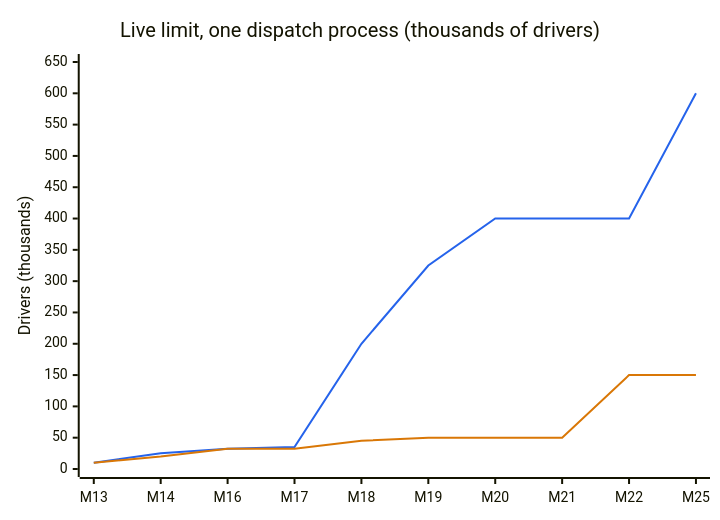
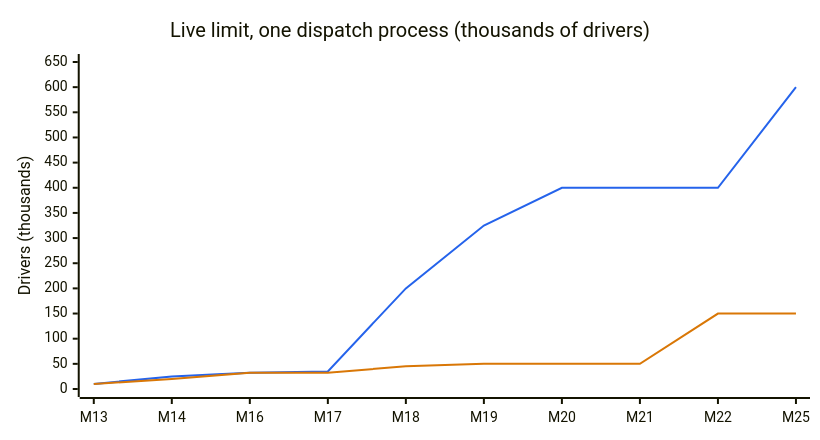
Before and after one commit to kludw/uber-simulator: the first of 2 diagrams in docs/case-study.md, drawn with Mermaid. The commit also changed other lines of this file, not shown here.

Commit message:
Size the case study charts explicitly
Refs #293

````diff
--- a/docs/case-study.md
+++ b/docs/case-study.md
@@ -18,14 +18,17 @@
 ```mermaid
 ---
 config:
+  xyChart:
+    width: 800
+    height: 420
   themeVariables:
     xyChart:
       plotColorPalette: "#2563eb, #d97706"
 ---
 xychart-beta
   title "Live limit, one dispatch process (thousands of drivers)"
   x-axis [M13, M14, M16, M17, M18, M19, M20, M21, M22, M25]
   y-axis "Drivers (thousands)" 0 --> 650
   line [10, 25, 32.5, 35, 200, 325, 400, 400, 400, 600]
   line [10, 20, 32.5, 32.5, 45, 50, 50, 50, 150, 150]
 ```
````
